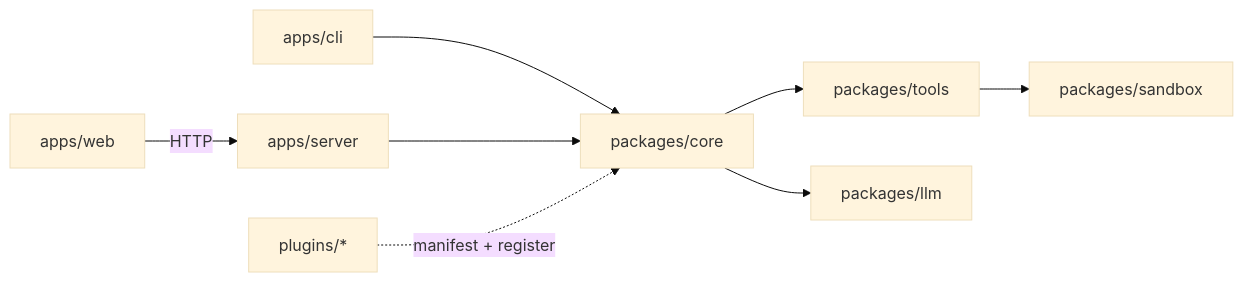
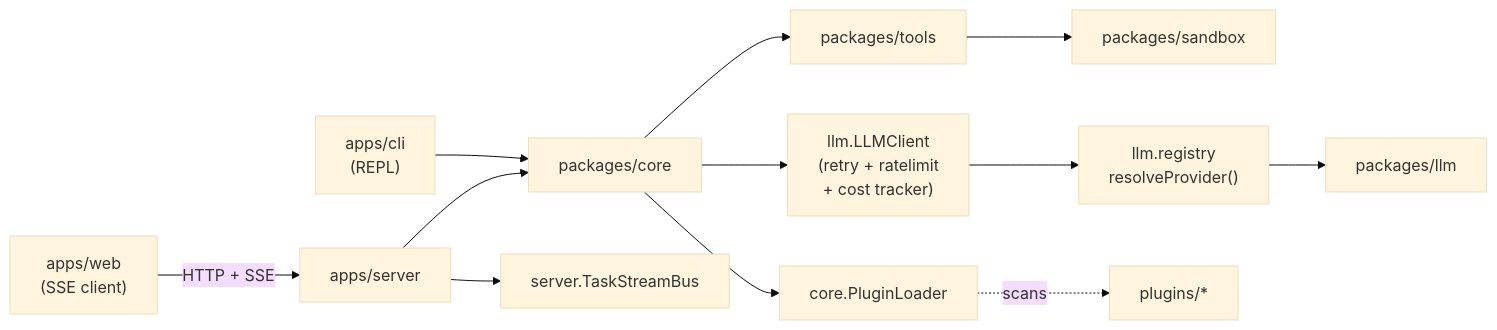
Before and after one commit to ricardo-foundry/openhand: the first of 2 diagrams in docs/ARCHITECTURE.md, drawn with Mermaid (base theme). The commit also changed other lines of this file and 34 other files, not shown here.

````diff
--- a/docs/ARCHITECTURE.md
+++ b/docs/ARCHITECTURE.md
@@ -28,22 +28,31 @@
 ```mermaid
 flowchart LR
-    CLI["apps/cli"]
-    WEB["apps/web"]
+    CLI["apps/cli<br/>(REPL)"]
+    WEB["apps/web<br/>(SSE client)"]
     SRV["apps/server"]
 
     CORE["packages/core"]
     TOOLS["packages/tools"]
     SBX["packages/sandbox"]
     LLM["packages/llm"]
 
+    LOADER["core.PluginLoader"]
+    CLIENT["llm.LLMClient<br/>(retry + ratelimit<br/>+ cost tracker)"]
+    REG["llm.registry<br/>resolveProvider()"]
+    BUS["server.TaskStreamBus"]
+
     PLUG["plugins/*"]
 
     CLI --> CORE
     SRV --> CORE
-    WEB -->|HTTP| SRV
+    SRV --> BUS
+    WEB -->|HTTP + SSE| SRV
 
-    CORE --> LLM
+    CORE --> LOADER
+    CORE --> CLIENT
+    CLIENT --> REG
+    REG --> LLM
     CORE --> TOOLS
     TOOLS --> SBX
-    PLUG -.manifest + register.-> CORE
+    LOADER -. scans .-> PLUG
 ```
````
